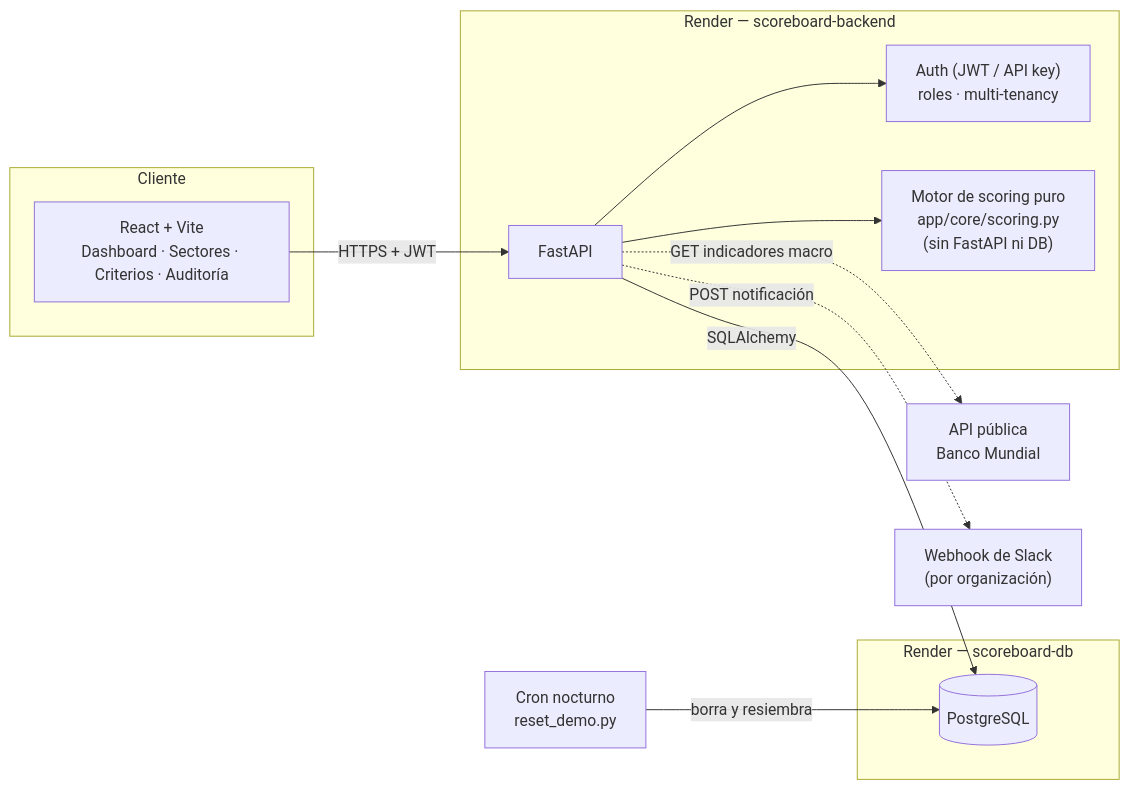
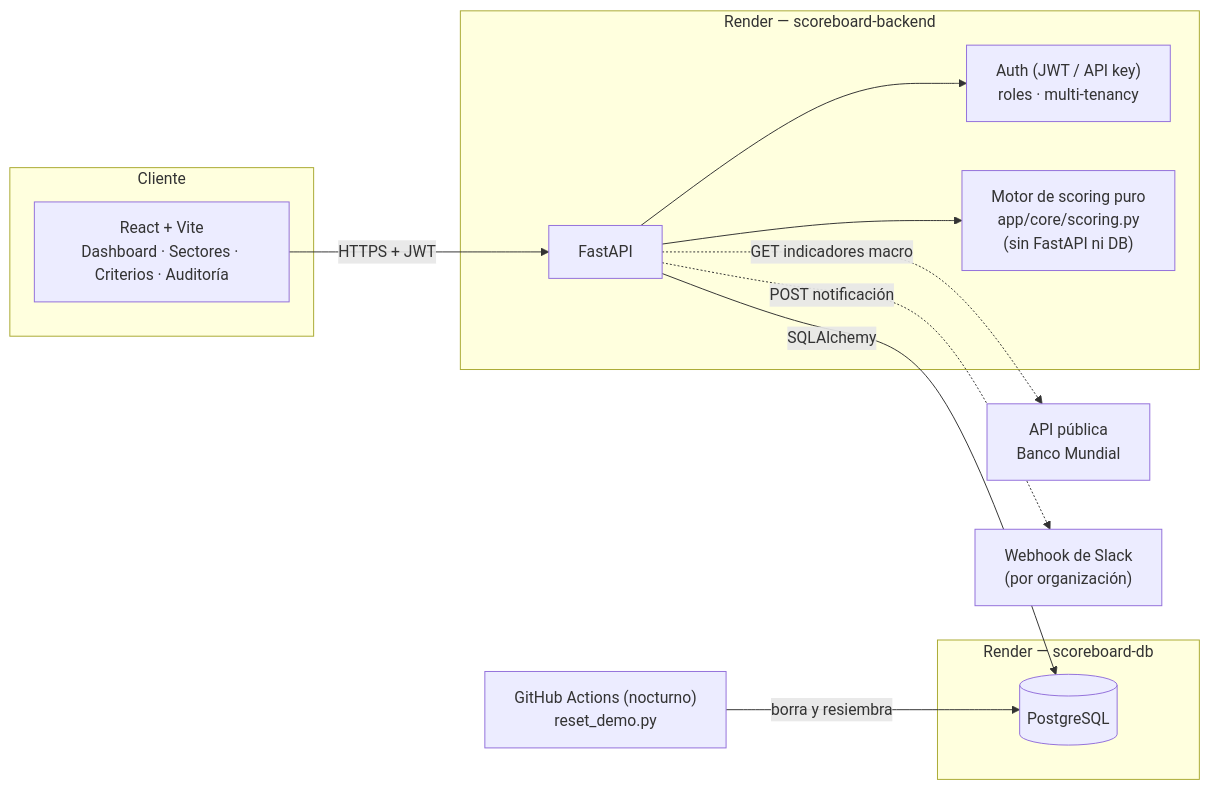
The diagram in README.md (Kevin-Al12/scoreboard-oportunidad-negocio), drawn with Mermaid before and after one commit. The commit also changed other lines of this file and 7 other files, not shown here.

````diff
--- a/README.md
+++ b/README.md
@@ -36,28 +39,28 @@
 ```mermaid
 graph LR
     subgraph Cliente
         FE["React + Vite<br/>Dashboard · Sectores · Criterios · Auditoría"]
     end
 
     subgraph "Render — scoreboard-backend"
         API["FastAPI"]
         AUTH["Auth (JWT / API key)<br/>roles · multi-tenancy"]
         SCORE["Motor de scoring puro<br/>app/core/scoring.py<br/>(sin FastAPI ni DB)"]
         API --> AUTH
         API --> SCORE
     end
 
     subgraph "Render — scoreboard-db"
         PG[("PostgreSQL")]
     end
 
-    CRON["Cron nocturno<br/>reset_demo.py"]
+    CRON["GitHub Actions (nocturno)<br/>reset_demo.py"]
     WB["API pública<br/>Banco Mundial"]
     SLACK["Webhook de Slack<br/>(por organización)"]
 
     FE -- "HTTPS + JWT" --> API
     API -- SQLAlchemy --> PG
     CRON -- "borra y resiembra" --> PG
     API -. "GET indicadores macro" .-> WB
     API -. "POST notificación" .-> SLACK
 ```
````
